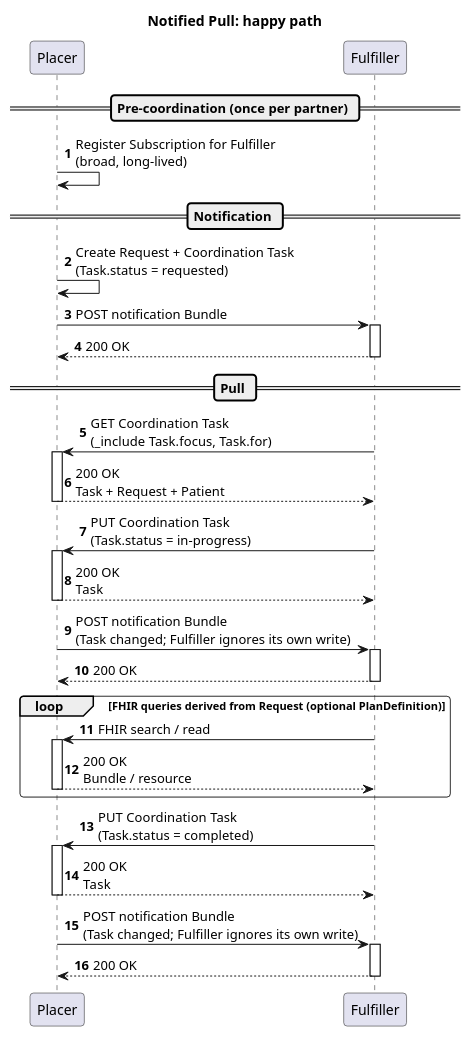
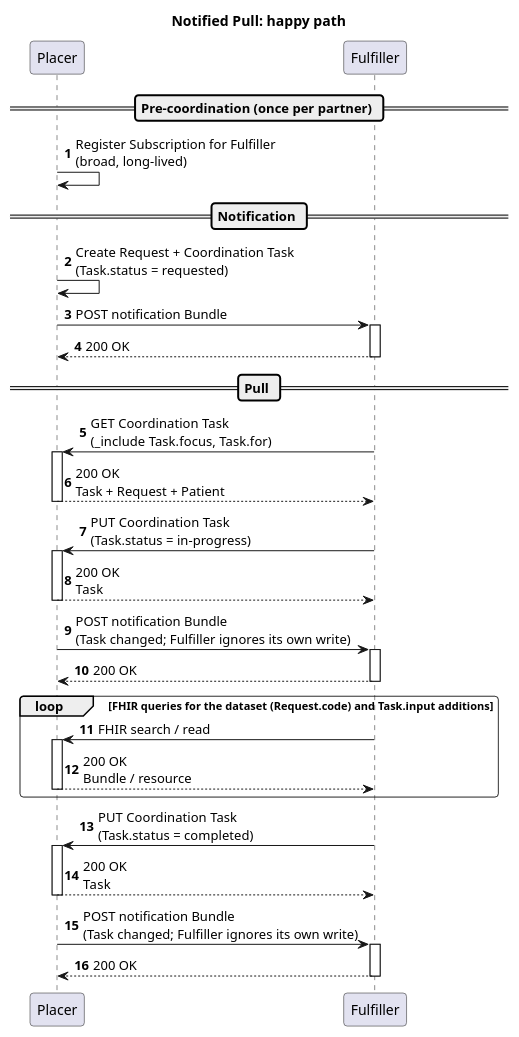
Before and after one commit to nuts-foundation/nl-generic-functions-ig: the diagram in input/images-source/clinical-workflow-overview.plantuml, drawn with PlantUML. The commit also changed 2 other files, not shown here.

```diff
--- a/input/images-source/clinical-workflow-overview.plantuml
+++ b/input/images-source/clinical-workflow-overview.plantuml
@@ -5,41 +5,41 @@
 @startuml clinical-workflow-overview
 autonumber
 
 title "Notified Pull: happy path"
 skinparam roundCorner 7
 skinparam sequenceGroupBorderThickness .5
 
 participant "Placer" as placer order 10
 participant "Fulfiller" as fulfiller order 20
 
 == Pre-coordination (once per partner) ==
 
 placer -> placer : Register Subscription for Fulfiller\n(broad, long-lived)
 
 == Notification ==
 
 placer -> placer : Create Request + Coordination Task\n(Task.status = requested)
 placer -> fulfiller ++: POST notification Bundle
 fulfiller --> placer --: 200 OK
 
 == Pull ==
 
 fulfiller -> placer ++: GET Coordination Task\n(_include Task.focus, Task.for)
 placer --> fulfiller --: 200 OK\nTask + Request + Patient
 
 fulfiller -> placer ++: PUT Coordination Task\n(Task.status = in-progress)
 placer --> fulfiller --: 200 OK\nTask
 placer -> fulfiller ++: POST notification Bundle\n(Task changed; Fulfiller ignores its own write)
 fulfiller --> placer --: 200 OK
 
-loop FHIR queries derived from Request (optional PlanDefinition)
+loop FHIR queries for the dataset (Request.code) and Task.input additions
   fulfiller -> placer ++: FHIR search / read
   placer --> fulfiller --: 200 OK\nBundle / resource
 end
 
 fulfiller -> placer ++: PUT Coordination Task\n(Task.status = completed)
 placer --> fulfiller --: 200 OK\nTask
 placer -> fulfiller ++: POST notification Bundle\n(Task changed; Fulfiller ignores its own write)
 fulfiller --> placer --: 200 OK
 
 @enduml
```
